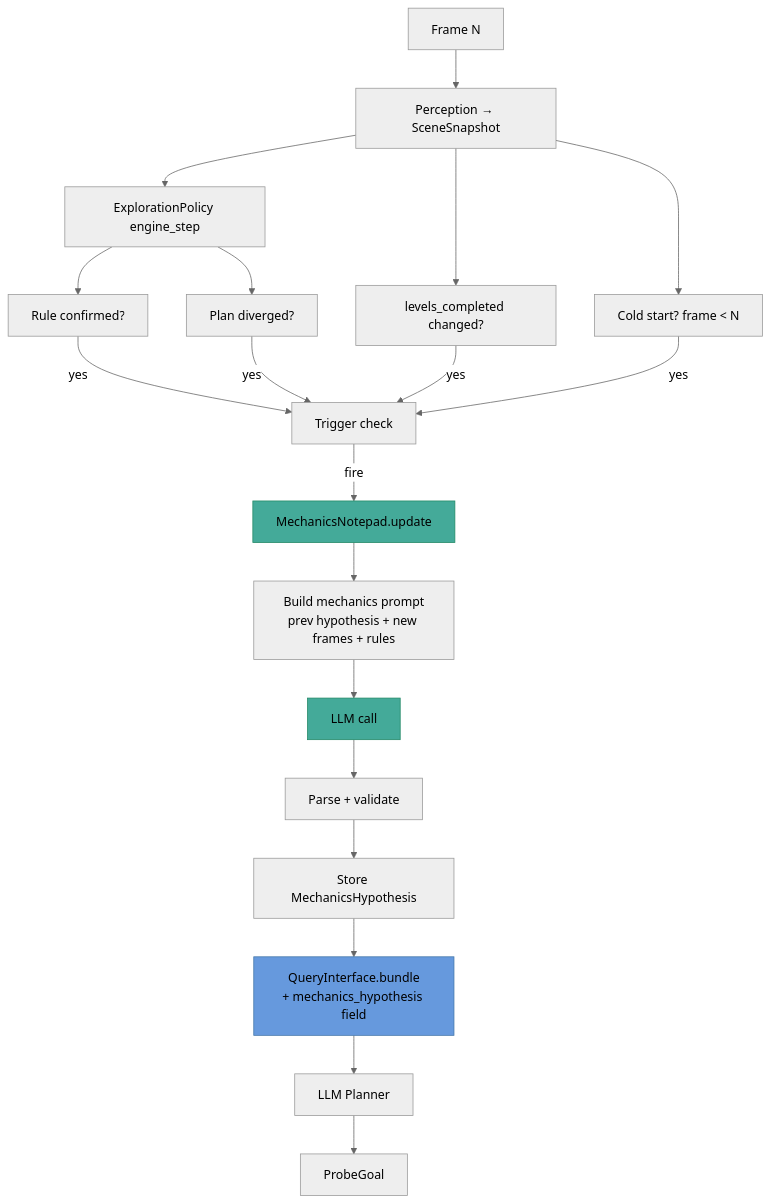
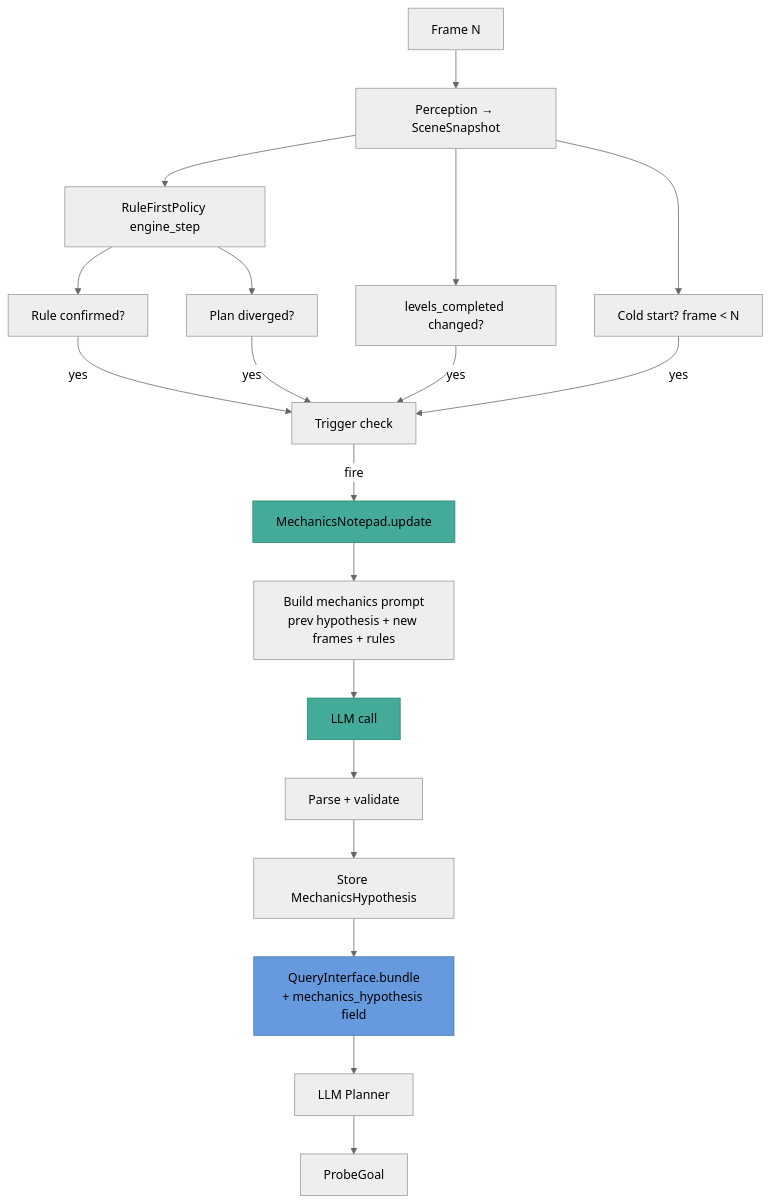
One commit to peara/ARC-AGI-3-Agents changed the diagram in docs/brainstorms/mechanics-notepad.md. Above: the diagram before and after it, drawn with Mermaid (neutral theme). The commit also changed 16 other files, not shown here.

First line of the commit message:
refactor(cleanup): delete ExplorationPolicy, update tests, remove v1 docs

````diff
--- a/docs/brainstorms/mechanics-notepad.md
+++ b/docs/brainstorms/mechanics-notepad.md
@@ -179,27 +179,27 @@
 ```mermaid
 graph TD
     FRAME[Frame N] --> PERC[Perception → SceneSnapshot]
-    PERC --> POLICY[ExplorationPolicy engine_step]
+    PERC --> POLICY[RuleFirstPolicy engine_step]
     POLICY --> RULES[Rule confirmed?]
     RULES -->|yes| TRIG[Trigger check]
     PERC --> LVL[levels_completed changed?]
     LVL -->|yes| TRIG
     PERC --> COLD[Cold start? frame < N]
     COLD -->|yes| TRIG
     POLICY --> DIV[Plan diverged?]
     DIV -->|yes| TRIG
 
     TRIG -->|fire| NOTEPAD[MechanicsNotepad.update]
     NOTEPAD --> ML[Build mechanics prompt<br/>prev hypothesis + new frames + rules]
     ML --> LLM[LLM call]
     LLM --> PARSE[Parse + validate]
     PARSE --> STORE[Store MechanicsHypothesis]
 
     STORE --> BUNDLE[QueryInterface.bundle<br/>+ mechanics_hypothesis field]
     BUNDLE --> PLANNER[LLM Planner]
     PLANNER --> PROBE[ProbeGoal]
 
     style NOTEPAD fill:#4a9,stroke:#286
     style LLM fill:#4a9,stroke:#286
     style BUNDLE fill:#69d,stroke:#47a
 ```
````
